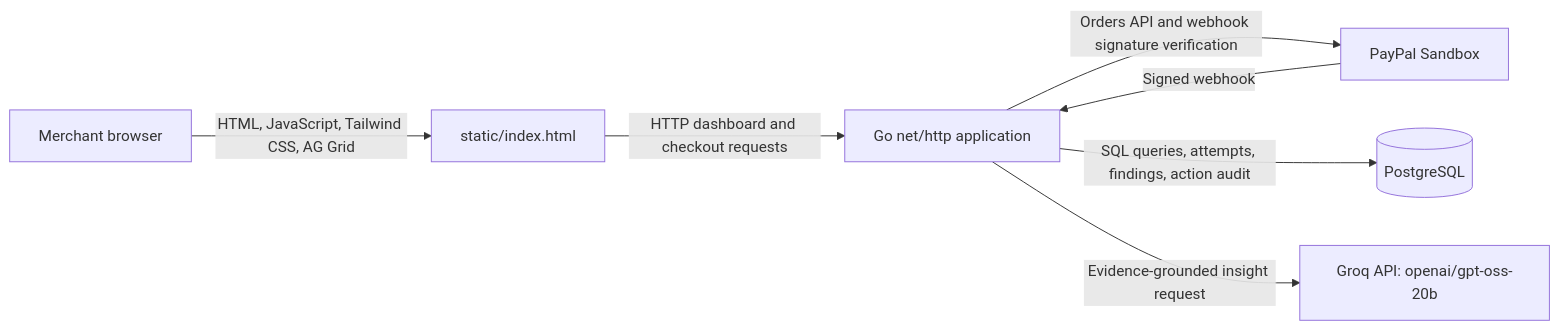
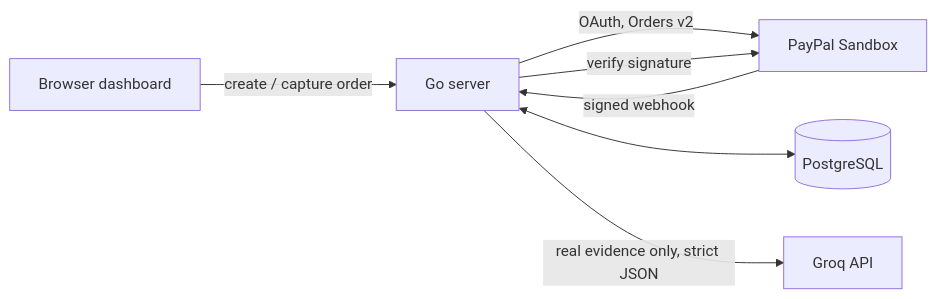
Before and after one commit to pavankumargp6/paypal-ai-auditor: the diagram in README.md, drawn with Mermaid. The commit also changed other lines of this file, not shown here.

````diff
--- a/README.md
+++ b/README.md
@@ -13,9 +19,9 @@
 ```mermaid
 flowchart LR
-    M[Merchant browser] -->|HTML, JavaScript, Tailwind CSS, AG Grid| UI[static/index.html]
-    UI -->|HTTP dashboard and checkout requests| APP[Go net/http application]
-    PP[PayPal Sandbox] -->|Signed webhook| APP
-    APP -->|Orders API and webhook signature verification| PP
-    APP -->|SQL queries, attempts, findings, action audit| DB[(PostgreSQL)]
-    APP -->|Evidence-grounded insight request| GROQ[Groq API: openai/gpt-oss-20b]
+    B[Browser dashboard] -->|create / capture order| S[Go server]
+    S -->|OAuth, Orders v2| P[PayPal Sandbox]
+    P -->|signed webhook| S
+    S -->|verify signature| P
+    S <--> D[(PostgreSQL)]
+    S -->|real evidence only, strict JSON| G[Groq API]
 ```
````
